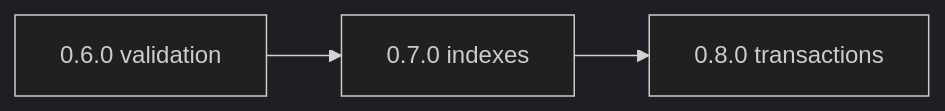
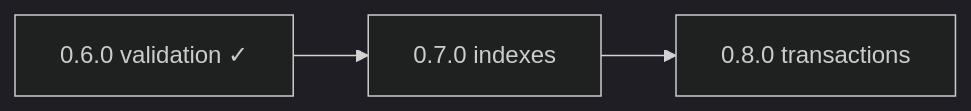
Before and after one commit to eddiethedean/typra: the diagram in ROADMAP.md, drawn with Mermaid (dark theme). The commit also changed other lines of this file and 22 other files, not shown here.

````diff
--- a/ROADMAP.md
+++ b/ROADMAP.md
@@ -43,7 +44,7 @@
 ```mermaid
 flowchart LR
-  v060["0.6.0 validation"]
+  v060["0.6.0 validation ✓"]
   v070["0.7.0 indexes"]
   v080["0.8.0 transactions"]
   v060 --> v070 --> v080
 ```
````
